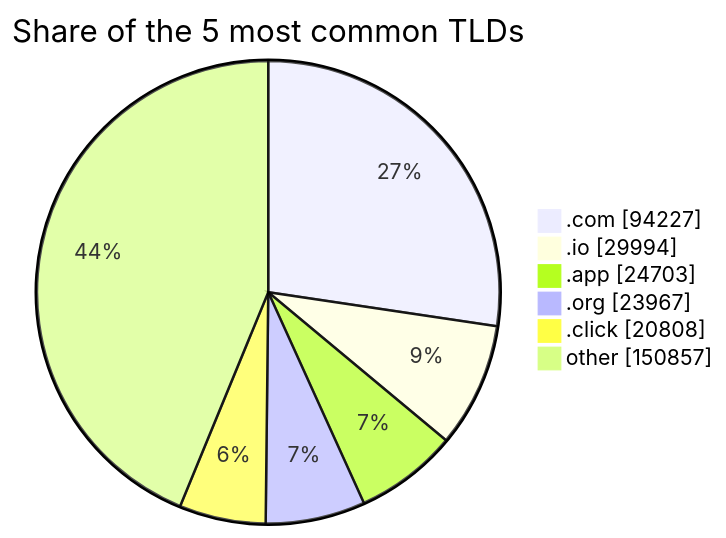
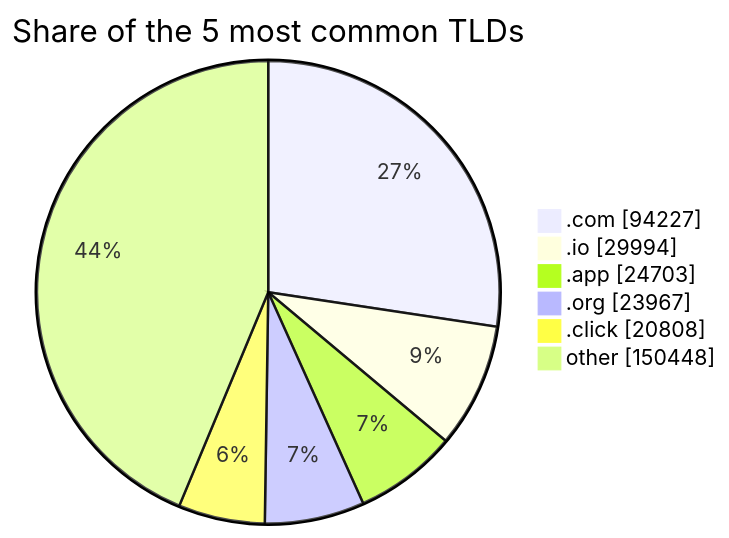
Before and after one commit to DNSBunker/CTI: the third of 3 diagrams in README.md, drawn with Mermaid. The commit also changed other lines of this file and 4 other files, not shown here.

````diff
--- a/README.md
+++ b/README.md
@@ -81,9 +81,9 @@
 ```mermaid
 pie showData title Share of the 5 most common TLDs
     ".com" : 94227
     ".io" : 29994
     ".app" : 24703
     ".org" : 23967
     ".click" : 20808
-    "other" : 150857
+    "other" : 150448
 ```
````
